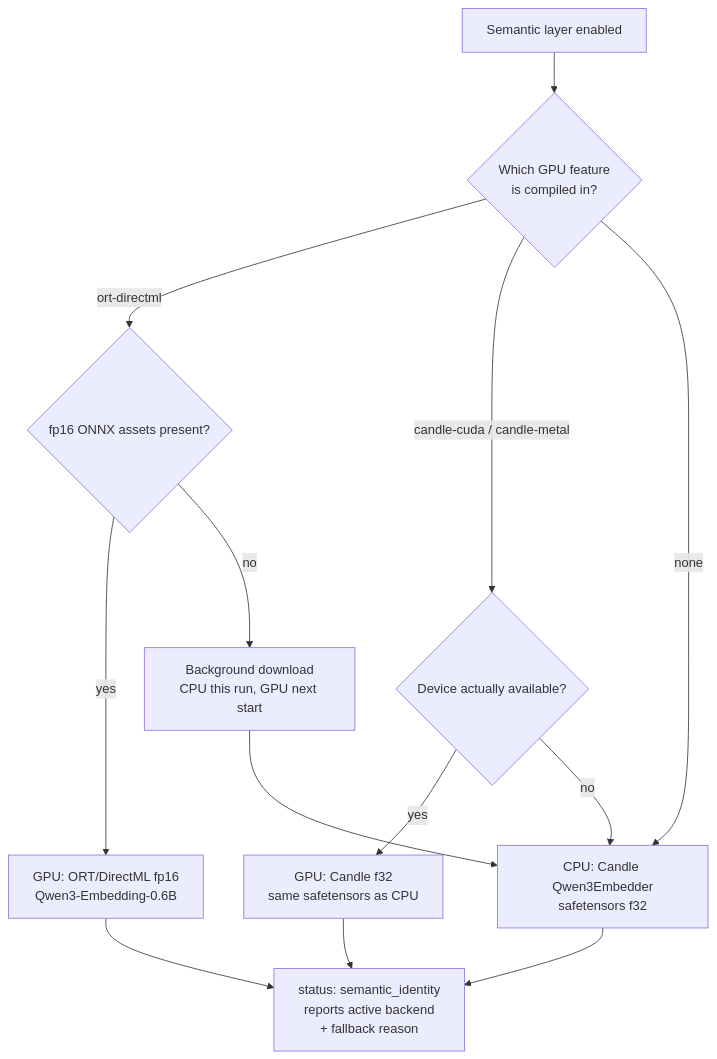
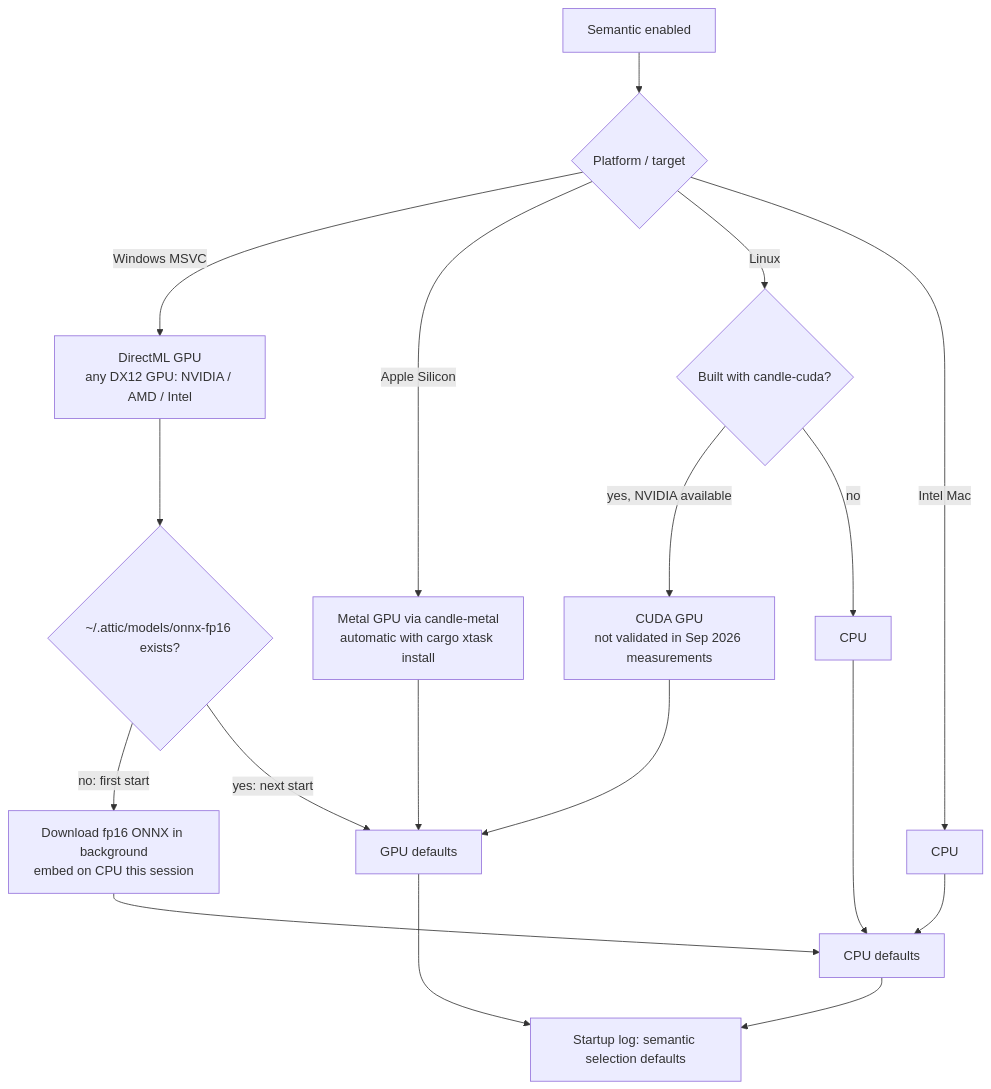
The fifth of 7 diagrams in docs/ARCHITECTURE.md (aman-5/attic), drawn with Mermaid before and after one commit. The commit also changed other lines of this file and 9 other files, not shown here.

First line of the commit message:
feat: GPU-aware semantic defaults, Metal via xtask on Apple Silicon, docs overhaul, test temp-file hygiene

````diff
--- a/docs/ARCHITECTURE.md
+++ b/docs/ARCHITECTURE.md
@@ -572,15 +568,20 @@
 ```mermaid
 flowchart TD
-    S[Semantic layer enabled] --> P{Which GPU feature<br/>is compiled in?}
-    P -- ort-directml --> O{fp16 ONNX assets present?}
-    O -- yes --> G[GPU: ORT/DirectML fp16<br/>Qwen3-Embedding-0.6B]
-    O -- no --> DL[Background download<br/>CPU this run, GPU next start]
-    P -- candle-cuda / candle-metal --> DEV{Device actually available?}
-    DEV -- yes --> GC[GPU: Candle f32<br/>same safetensors as CPU]
-    DEV -- no --> C
-    P -- none --> C[CPU: Candle Qwen3Embedder<br/>safetensors f32]
-    DL --> C
-    G --> R[status: semantic_identity<br/>reports active backend<br/>+ fallback reason]
-    GC --> R
-    C --> R
+    A[Semantic enabled] --> OS{Platform / target}
+    OS -->|Windows MSVC| W[DirectML GPU<br/>any DX12 GPU: NVIDIA / AMD / Intel]
+    OS -->|Apple Silicon| M[Metal GPU via candle-metal<br/>automatic with cargo xtask install]
+    OS -->|Linux| L{Built with candle-cuda?}
+    OS -->|Intel Mac| IM[CPU]
+    L -->|yes, NVIDIA available| CUDA[CUDA GPU<br/>not validated in Sep 2026 measurements]
+    L -->|no| LC[CPU]
+    W --> ONNX{~/.attic/models/onnx-fp16 exists?}
+    ONNX -->|no: first start| D[Download fp16 ONNX in background<br/>embed on CPU this session]
+    ONNX -->|yes: next start| GD[GPU defaults]
+    M --> GD
+    CUDA --> GD
+    D --> CD[CPU defaults]
+    LC --> CD
+    IM --> CD
+    GD --> Log[Startup log: semantic selection defaults]
+    CD --> Log
 ```
````
